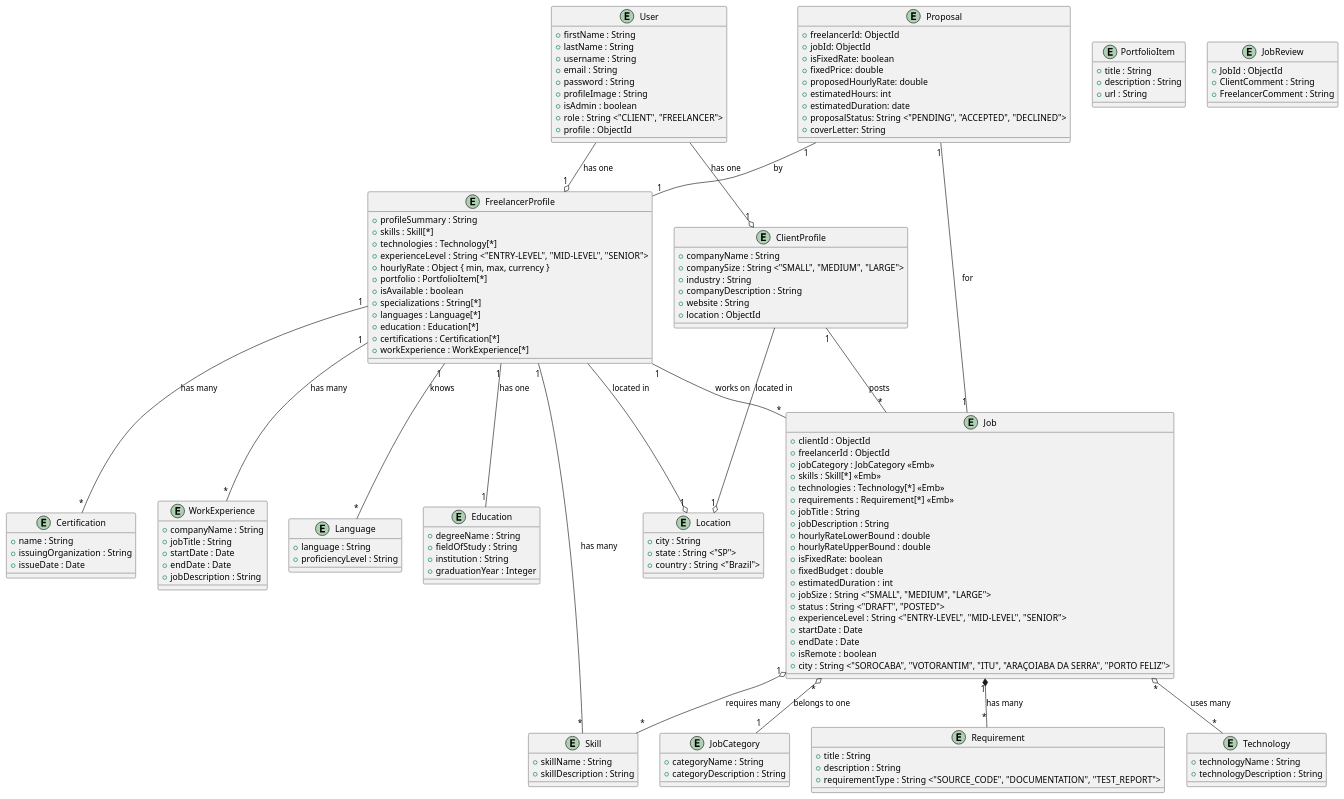
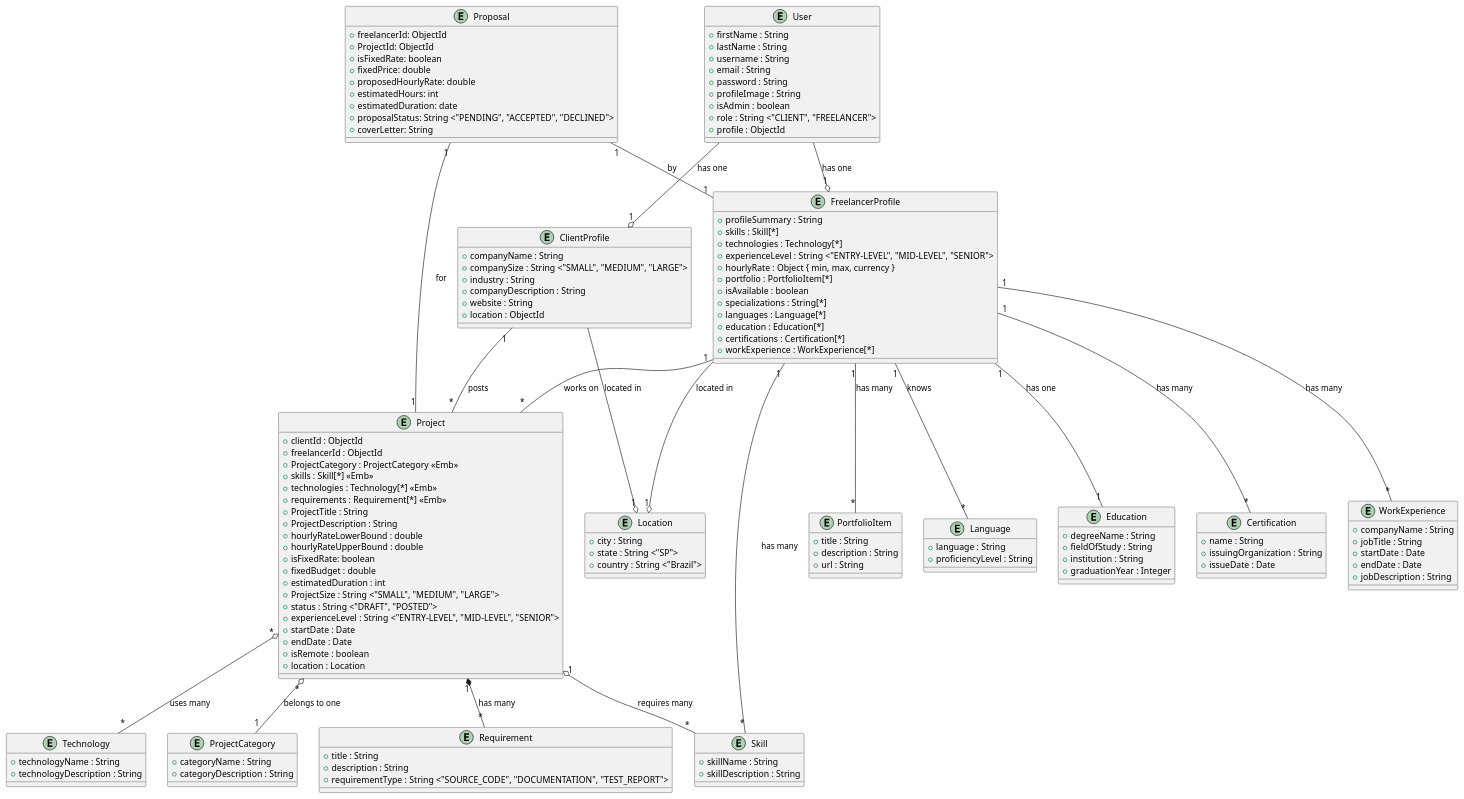
One commit to lucasneiva/armoredcode changed the diagram in docs/modeloconceitual.puml. Above: the diagram before and after it, drawn with PlantUML. The commit also changed 3 other files, not shown here.

```diff
--- a/docs/modeloconceitual.puml
+++ b/docs/modeloconceitual.puml
@@ -1,168 +1,163 @@
-@startuml ModeloConceitual
+@startuml class diagram
 
 ' User
 
 entity User {
   + firstName : String
   + lastName : String
   + username : String 
   + email : String
   + password : String 
   + profileImage : String
   + isAdmin : boolean
   + role : String <"CLIENT", "FREELANCER">
   + profile : ObjectId
 }
 
 entity ClientProfile {
   + companyName : String
   + companySize : String <"SMALL", "MEDIUM", "LARGE">
   + industry : String
   + companyDescription : String
   + website : String
   + location : ObjectId 
 }
 
 entity FreelancerProfile {
   + profileSummary : String
   + skills : Skill[*]
   + technologies : Technology[*]
   + experienceLevel : String <"ENTRY-LEVEL", "MID-LEVEL", "SENIOR">
   + hourlyRate : Object { min, max, currency }
   + portfolio : PortfolioItem[*] 
   + isAvailable : boolean
   + specializations : String[*]
   + languages : Language[*]
   + education : Education[*]
   + certifications : Certification[*]
   + workExperience : WorkExperience[*] 
 }
 
 entity PortfolioItem {
   + title : String
   + description : String
   + url : String
 }
 
 entity Language {
   + language : String
   + proficiencyLevel : String
 }
 
 entity Education {
   + degreeName : String
   + fieldOfStudy : String
   + institution : String
   + graduationYear : Integer
 }
 
 entity Certification {
   + name : String
   + issuingOrganization : String
   + issueDate : Date
 } 
 
 entity WorkExperience {
   + companyName : String
   + jobTitle : String
   + startDate : Date
   + endDate : Date 
   + jobDescription : String
 }
 
 entity Location {
   + city : String
   + state : String <"SP"> 
   + country : String <"Brazil">
 }
 
-' JOB
+' Project
 
-entity Job {
+entity Project {
     + clientId : ObjectId 
     + freelancerId : ObjectId 
-    + jobCategory : JobCategory <<Emb>>
+    + ProjectCategory : ProjectCategory <<Emb>>
     + skills : Skill[*] <<Emb>>
     + technologies : Technology[*] <<Emb>>
     + requirements : Requirement[*] <<Emb>>
-    + jobTitle : String
-    + jobDescription : String
+    + ProjectTitle : String
+    + ProjectDescription : String
     + hourlyRateLowerBound : double
     + hourlyRateUpperBound : double
     + isFixedRate: boolean
     + fixedBudget : double
     + estimatedDuration : int
-    + jobSize : String <"SMALL", "MEDIUM", "LARGE"> 
+    + ProjectSize : String <"SMALL", "MEDIUM", "LARGE"> 
     + status : String <"DRAFT", "POSTED">
     + experienceLevel : String <"ENTRY-LEVEL", "MID-LEVEL", "SENIOR">
     + startDate : Date
     + endDate : Date
     + isRemote : boolean
-    + city : String <"SOROCABA", "VOTORANTIM", "ITU", "ARAÇOIABA DA SERRA", "PORTO FELIZ">
+    + location : Location
 }
 
-entity JobCategory {
+entity ProjectCategory {
    + categoryName : String
    + categoryDescription : String
 }
 
 entity Requirement {
   + title : String
   + description : String
   + requirementType : String <"SOURCE_CODE", "DOCUMENTATION", "TEST_REPORT">
 }
 
 entity Technology {
    + technologyName : String
    + technologyDescription : String
 } 
 
 entity Skill {
     + skillName : String
     + skillDescription : String
 }
 
 entity Proposal {
     + freelancerId: ObjectId
-    + jobId: ObjectId
+    + ProjectId: ObjectId
     + isFixedRate: boolean
     + fixedPrice: double 
     + proposedHourlyRate: double 
     + estimatedHours: int
     + estimatedDuration: date
     + proposalStatus: String <"PENDING", "ACCEPTED", "DECLINED">
     + coverLetter: String
-}
-
-entity JobReview {
-    + JobId : ObjectId
-    + ClientComment : String
-    + FreelancerComment : String
 }
 
 ' Relationships
 
 User --o  "1" ClientProfile : has one
 User --o  "1" FreelancerProfile: has one
 
 ClientProfile --o "1" Location : located in
 FreelancerProfile --o "1" Location : located in
 
-Job "1" o-- "*" Skill : requires many
-Job "1" *-- "*" Requirement : has many
-Job "*" o-- "*" Technology : uses many
-Job "*" o-- "1" JobCategory : belongs to one
+Project "1" o-- "*" Skill : requires many
+Project "1" *-- "*" Requirement : has many
+Project "*" o-- "*" Technology : uses many
+Project "*" o-- "1" ProjectCategory : belongs to one
 
 Proposal "1" -- "1" FreelancerProfile : by
-Proposal "1" -- "1" Job : for
+Proposal "1" -- "1" Project : for
 
-ClientProfile "1" -- "*" Job : posts
+ClientProfile "1" -- "*" Project : posts
 
 FreelancerProfile "1" -- "*" Language : knows
-FreelancerProfile "1" -- "*" Job : works on 
+FreelancerProfile "1" -- "*" Project : works on 
 FreelancerProfile "1" -- "1" Education : has one
 FreelancerProfile "1" -- "*" Skill : has many
 FreelancerProfile "1" -- "*" Certification : has many
 FreelancerProfile "1" -- "*" WorkExperience : has many
+FreelancerProfile "1" -- "*" PortfolioItem : has many
 
 @enduml
```
